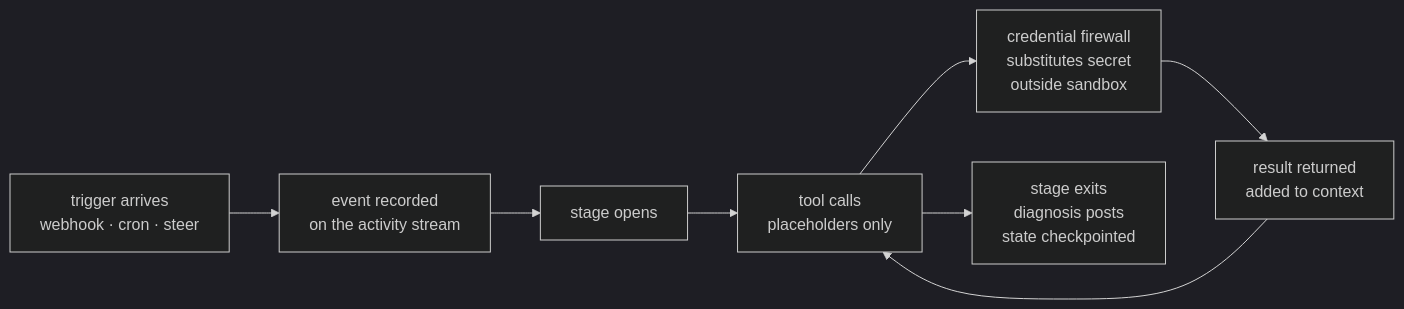
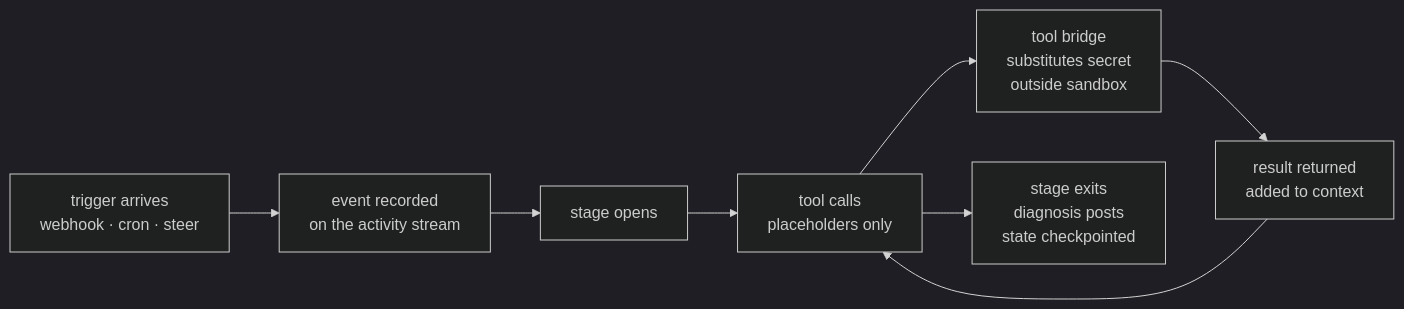
The diagram in concepts.mdx (usezombie/docs), drawn with Mermaid (dark theme) before and after one commit. The commit also changed other lines of this file and 8 other files, not shown here.

````diff
--- a/concepts.mdx
+++ b/concepts.mdx
@@ -63,10 +63,10 @@
 ```mermaid
 flowchart LR
     Trigger[trigger arrives<br/>webhook · cron · steer] --> Event[event recorded<br/>on the activity stream]
     Event --> Stage[stage opens]
     Stage --> Tool[tool calls<br/>placeholders only]
-    Tool --> Bridge[credential firewall<br/>substitutes secret<br/>outside sandbox]
+    Tool --> Bridge[tool bridge<br/>substitutes secret<br/>outside sandbox]
     Bridge --> Result[result returned<br/>added to context]
     Result --> Tool
     Tool --> Done[stage exits<br/>diagnosis posts<br/>state checkpointed]
 ```
````
